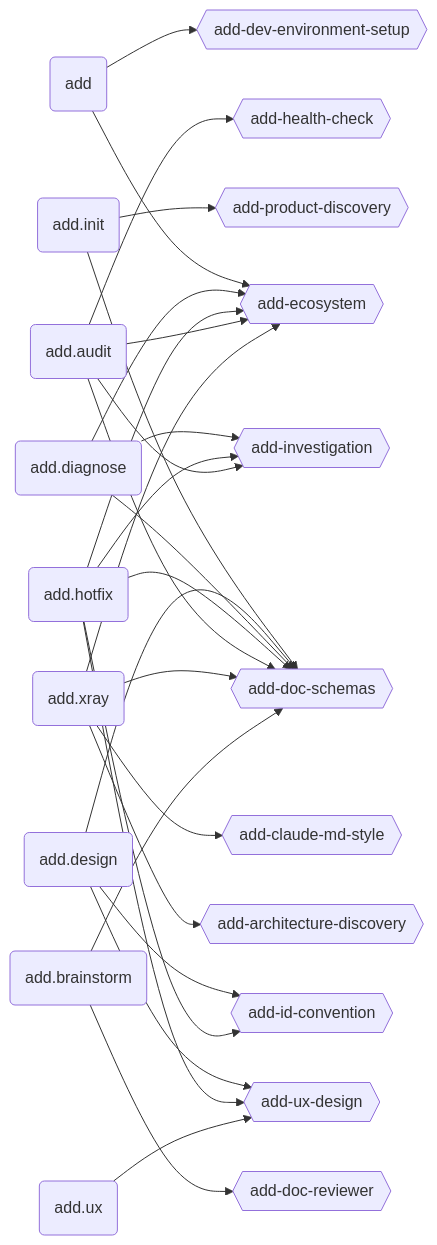
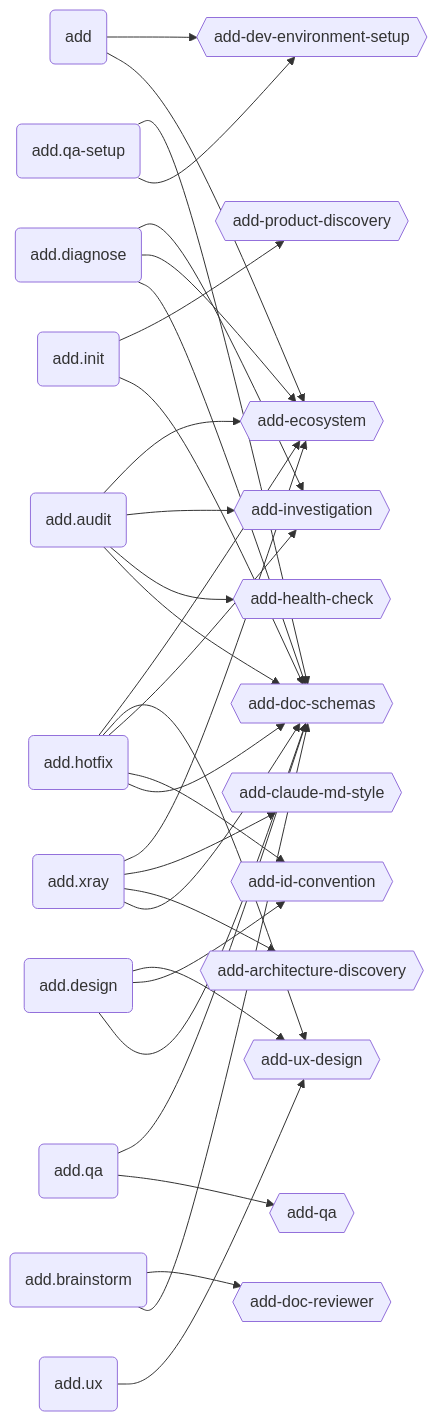
One commit to brabos-ai/code-addiction changed the second of 4 diagrams in ecosystem.md. Above: the diagram before and after it, drawn with Mermaid. The commit also changed other lines of this file and 6 other files, not shown here.

````diff
--- a/ecosystem.md
+++ b/ecosystem.md
@@ -56,34 +56,39 @@
 ```mermaid
 graph LR
   ADD(add)
   INIT(add.init)
   DESIGN(add.design)
   DIAGNOSE(add.diagnose)
   HOTFIX(add.hotfix)
   AUDIT(add.audit)
   XRAY(add.xray)
   BRAINSTORM(add.brainstorm)
   UX_CMD(add.ux)
+  QASETUP(add.qa-setup)
+  QA(add.qa)
 
   ECO{{add-ecosystem}}
   DS{{add-doc-schemas}}
   ID{{add-id-convention}}
   UX{{add-ux-design}}
   IV{{add-investigation}}
   PD{{add-product-discovery}}
   HC{{add-health-check}}
   AD{{add-architecture-discovery}}
   CMS{{add-claude-md-style}}
   DE{{add-dev-environment-setup}}
   DR{{add-doc-reviewer}}
+  QSK{{add-qa}}
 
   ADD --> ECO & DE
   INIT --> DS & PD
   DESIGN --> DS & ID & UX
   DIAGNOSE --> DS & ECO & IV
   HOTFIX --> DS & ID & IV & UX & ECO
   AUDIT --> DS & HC & IV & ECO
   XRAY --> DS & AD & CMS & ECO
   BRAINSTORM --> DS & DR
   UX_CMD --> UX
+  QASETUP --> DE & DS
+  QA --> QSK & DS
 ```
````
